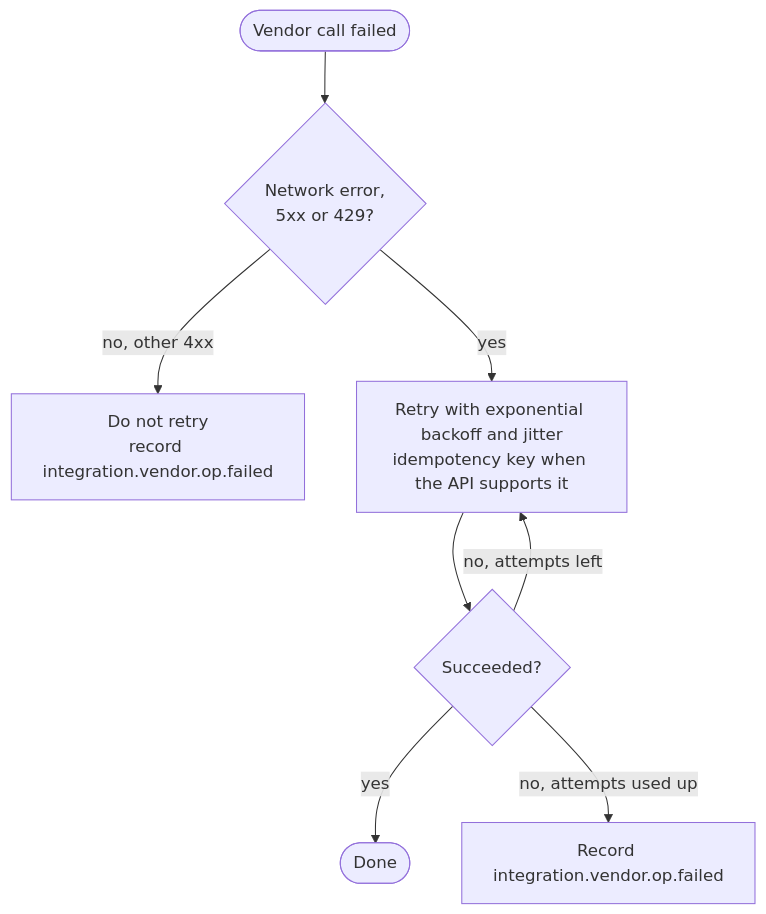
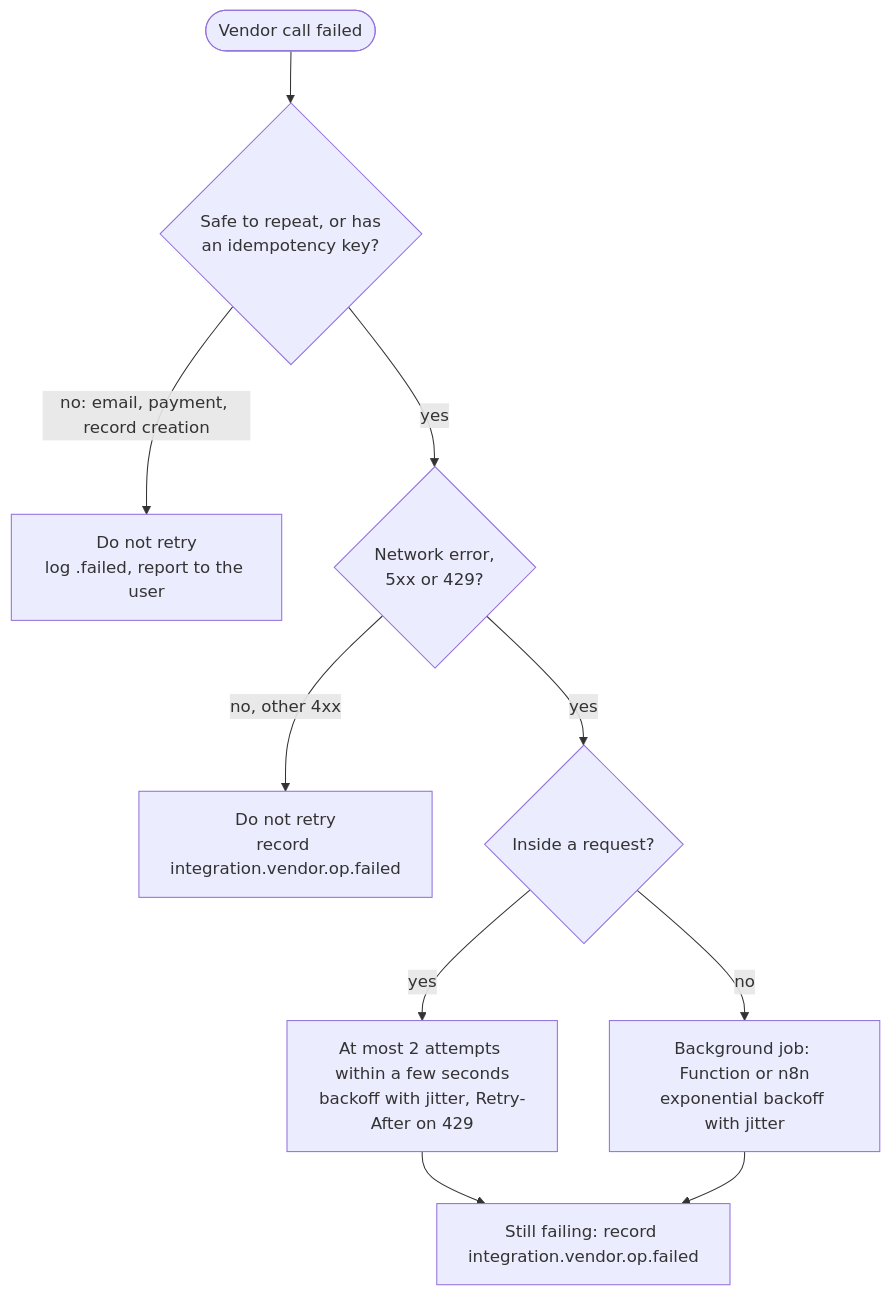
One commit to Improve-To-Grow/MUSUBI changed the second of 3 diagrams in src/templates/shared/steering/rules/itg/integrations.md. Above: the diagram before and after it, drawn with Mermaid. The commit also changed other lines of this file and 57 other files, not shown here.

````diff
--- a/src/templates/shared/steering/rules/itg/integrations.md
+++ b/src/templates/shared/steering/rules/itg/integrations.md
@@ -32,10 +32,12 @@
 ```mermaid
 flowchart TD
-    C([Vendor call failed]) --> T{Network error,<br/>5xx or 429?}
+    C([Vendor call failed]) --> SAFE{Safe to repeat, or has<br/>an idempotency key?}
+    SAFE -- no: email, payment, record creation --> NR1[Do not retry<br/>log .failed, report to the user]
+    SAFE -- yes --> T{Network error,<br/>5xx or 429?}
     T -- no, other 4xx --> NR[Do not retry<br/>record integration.vendor.op.failed]
-    T -- yes --> B[Retry with exponential backoff and jitter<br/>idempotency key when the API supports it]
-    B --> OK{Succeeded?}
-    OK -- yes --> DONE([Done])
-    OK -- no, attempts left --> B
-    OK -- no, attempts used up --> F[Record integration.vendor.op.failed]
+    T -- yes --> IN{Inside a request?}
+    IN -- yes --> B[At most 2 attempts within a few seconds<br/>backoff with jitter, Retry-After on 429]
+    IN -- no --> BG[Background job: Function or n8n<br/>exponential backoff with jitter]
+    B --> F[Still failing: record integration.vendor.op.failed]
+    BG --> F
 ```
````
